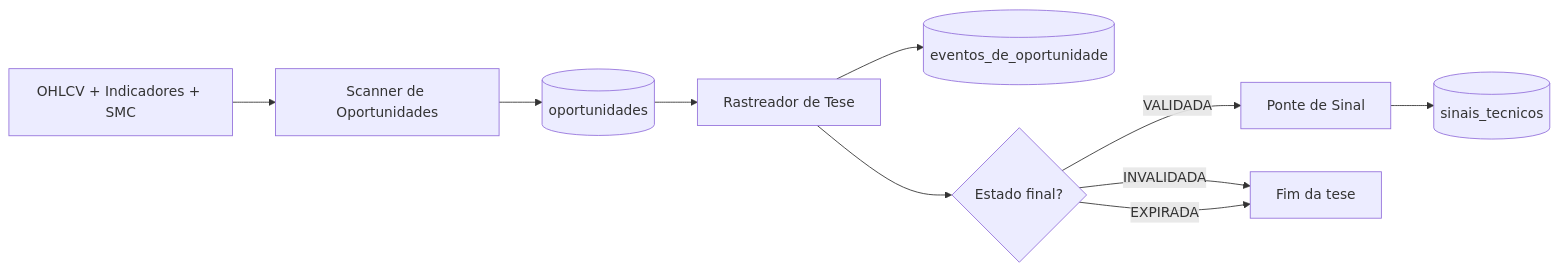
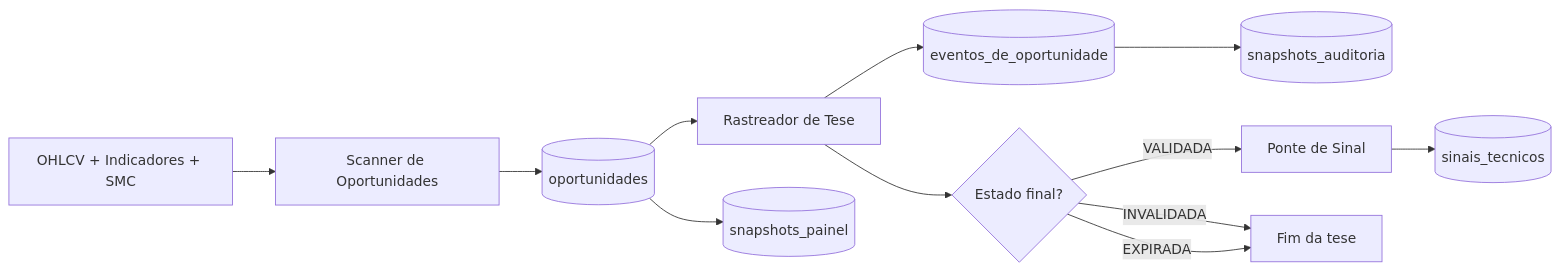
One commit to jadergreiner/crypto-futures-agent changed the first of 4 diagrams in docs/DIAGRAMAS.md. Above: the diagram before and after it, drawn with Mermaid. The commit also changed 19 other files, not shown here.

````diff
--- a/docs/DIAGRAMAS.md
+++ b/docs/DIAGRAMAS.md
@@ -5,12 +5,14 @@
 ```mermaid
 flowchart LR
     A[OHLCV + Indicadores + SMC] --> B[Scanner de Oportunidades]
     B --> C[(oportunidades)]
     C --> D[Rastreador de Tese]
     D --> E[(eventos_de_oportunidade)]
+    E --> J[(snapshots_auditoria)]
     D --> F{Estado final?}
     F -->|VALIDADA| G[Ponte de Sinal]
     F -->|INVALIDADA| H[Fim da tese]
     F -->|EXPIRADA| H
+    C --> K[(snapshots_painel)]
     G --> I[(sinais_tecnicos)]
 ```
````
